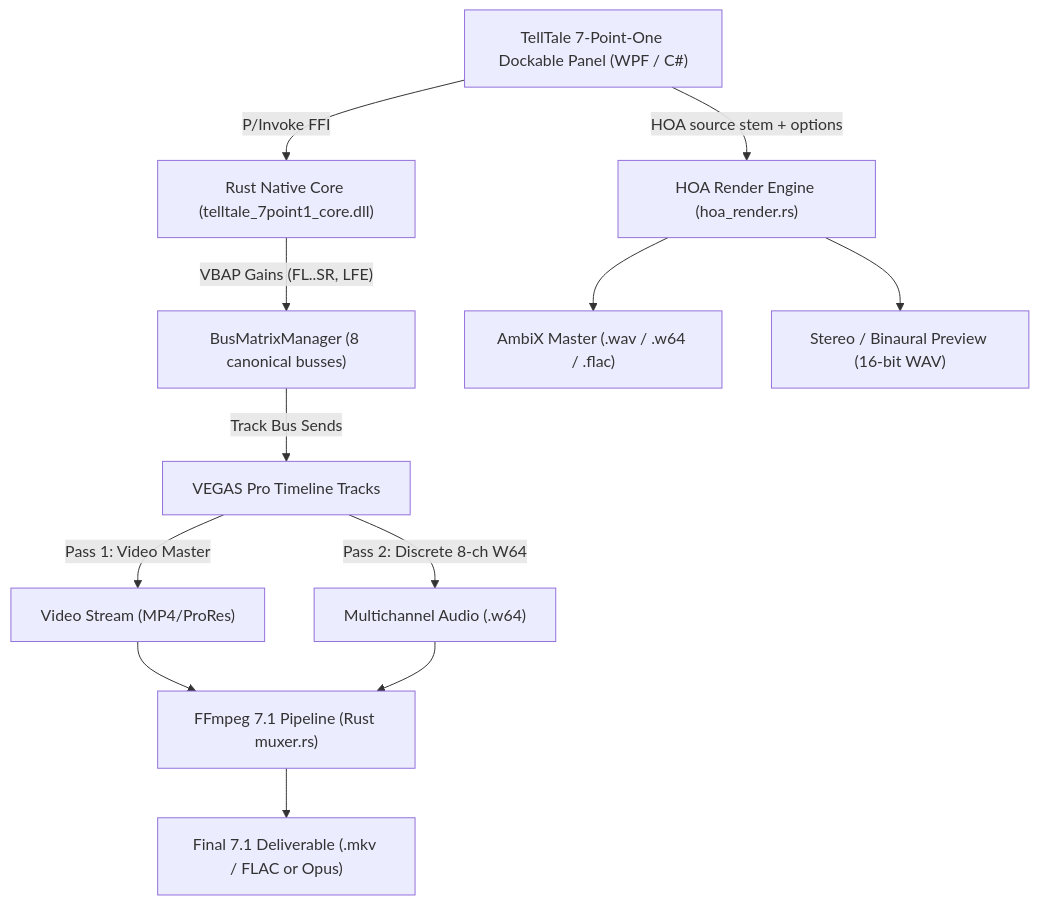
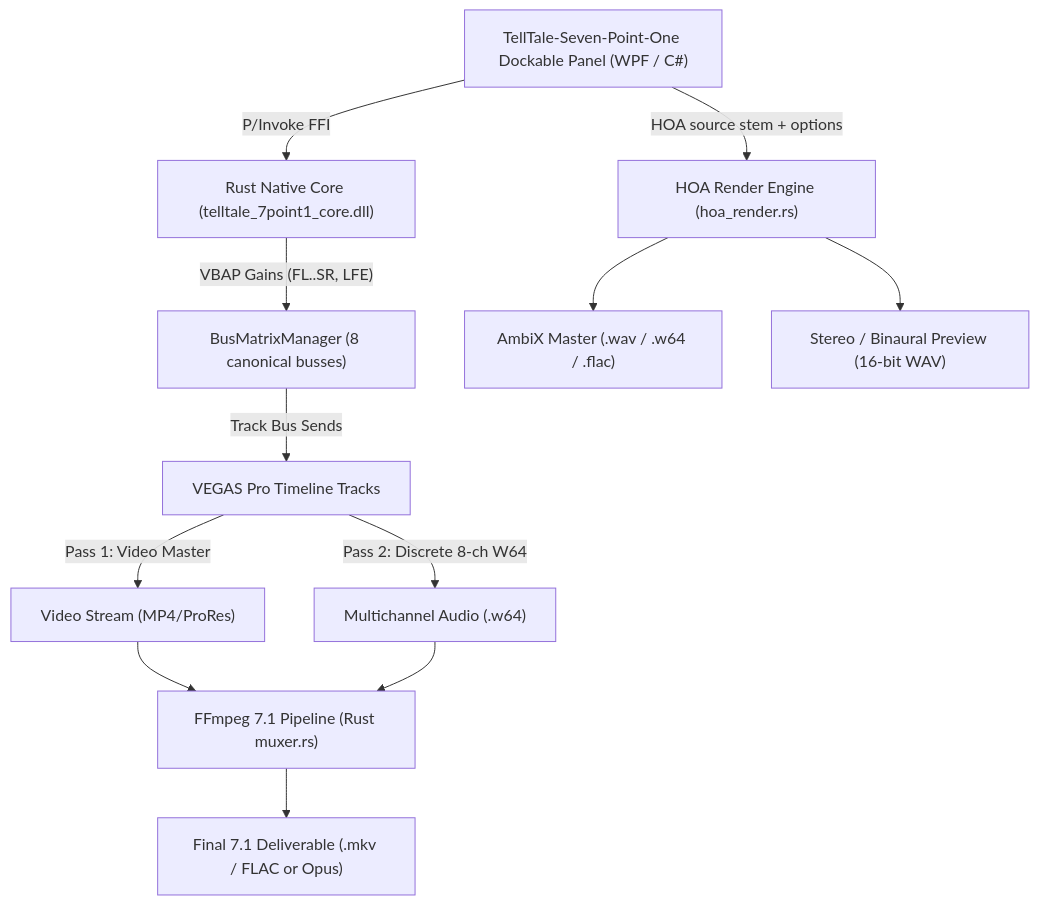
Before and after one commit to mtanarrator/TellTale-Seven-Point-One: the diagram in README.md, drawn with Mermaid. The commit also changed other lines of this file and 12 other files, not shown here.

First line of the commit message:
Standardize public naming as TellTale-Seven-Point-One

````diff
--- a/README.md
+++ b/README.md
@@ -32,14 +42,14 @@
 ```mermaid
 flowchart TD
-    UI["TellTale 7-Point-One Dockable Panel (WPF / C#)"] -->|"P/Invoke FFI"| Core["Rust Native Core (telltale_7point1_core.dll)"]
+    UI["TellTale-Seven-Point-One Dockable Panel (WPF / C#)"] -->|"P/Invoke FFI"| Core["Rust Native Core (telltale_7point1_core.dll)"]
     Core -->|"VBAP Gains (FL..SR, LFE)"| BusMgr["BusMatrixManager (8 canonical busses)"]
     BusMgr -->|"Track Bus Sends"| VegasTL["VEGAS Pro Timeline Tracks"]
     VegasTL -->|"Pass 1: Video Master"| VidFile["Video Stream (MP4/ProRes)"]
     VegasTL -->|"Pass 2: Discrete 8-ch W64"| AudFile["Multichannel Audio (.w64)"]
     VidFile --> Muxer["FFmpeg 7.1 Pipeline (Rust muxer.rs)"]
     AudFile --> Muxer
     Muxer --> Output["Final 7.1 Deliverable (.mkv / FLAC or Opus)"]
     UI -->|"HOA source stem + options"| HOA["HOA Render Engine (hoa_render.rs)"]
     HOA --> AmbiX["AmbiX Master (.wav / .w64 / .flac)"]
     HOA --> Preview["Stereo / Binaural Preview (16-bit WAV)"]
 ```
````
